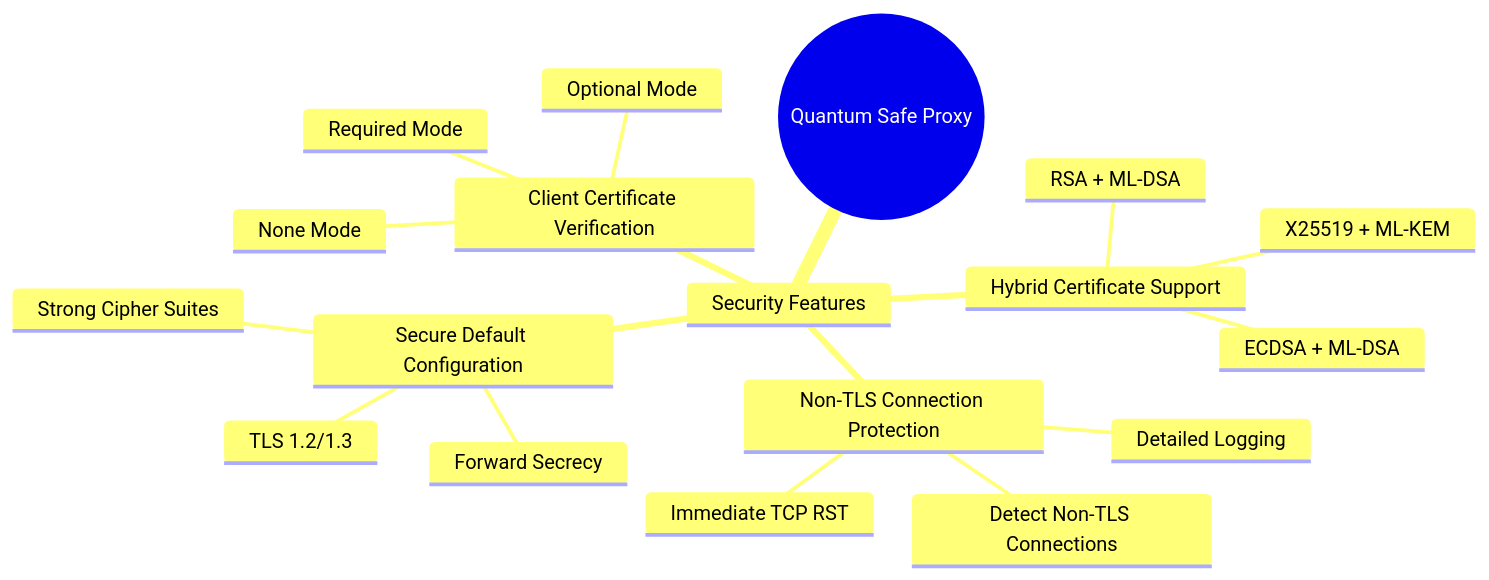
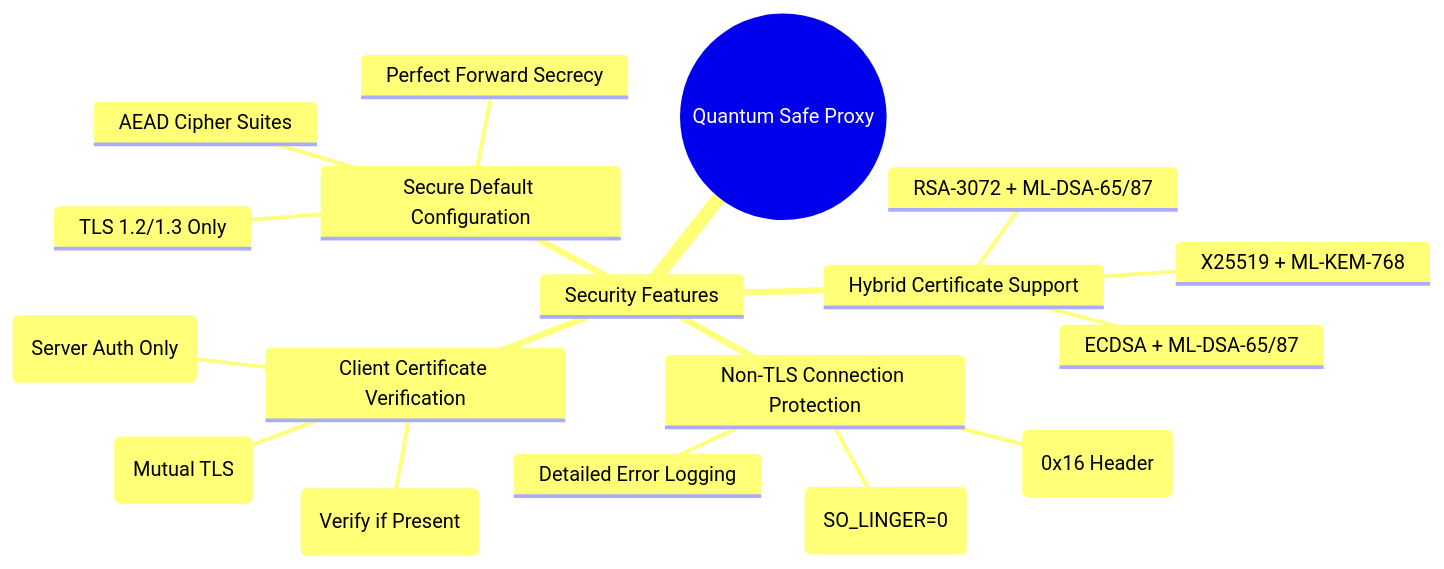
Before and after one commit to JerryR7/quantum-safe-proxy: the second of 4 diagrams in README.md, drawn with Mermaid. The commit also changed other lines of this file, not shown here.

First line of the commit message:
docs: enhance documentation for security features and TLS configuration

````diff
--- a/README.md
+++ b/README.md
@@ -101,21 +64,21 @@
 ```mermaid
 mindmap
   root((Quantum Safe Proxy))
     Security Features
       Hybrid Certificate Support
-        ECDSA + ML-DSA
-        RSA + ML-DSA
-        X25519 + ML-KEM
+        ECDSA + ML-DSA-65/87
+        RSA-3072 + ML-DSA-65/87
+        X25519 + ML-KEM-768
       Non-TLS Connection Protection
-        Detect Non-TLS Connections
-        Immediate TCP RST
-        Detailed Logging
+        Protocol Detection (0x16 Header)
+        Immediate TCP RST (SO_LINGER=0)
+        Detailed Error Logging
       Client Certificate Verification
-        Required Mode
-        Optional Mode
-        None Mode
+        Required (Mutual TLS)
+        Optional (Verify if Present)
+        None (Server Auth Only)
       Secure Default Configuration
-        TLS 1.2/1.3
-        Strong Cipher Suites
-        Forward Secrecy
+        TLS 1.2/1.3 Only
+        AEAD Cipher Suites
+        Perfect Forward Secrecy
 ```
````
